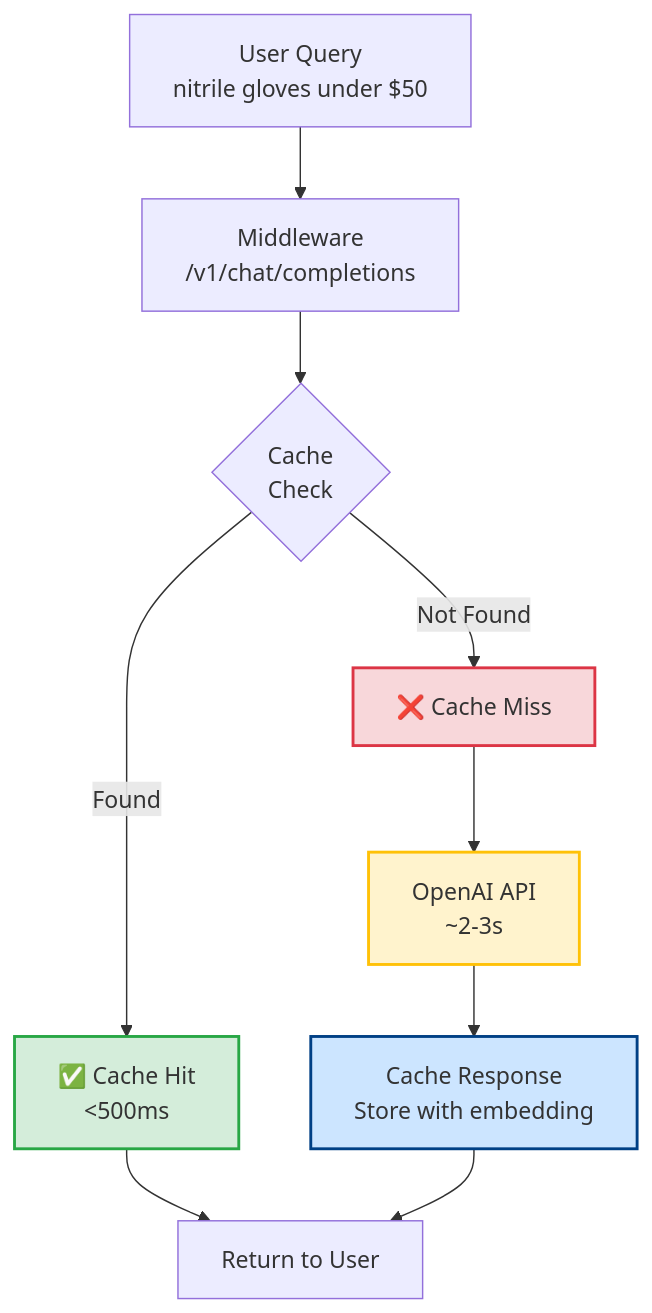
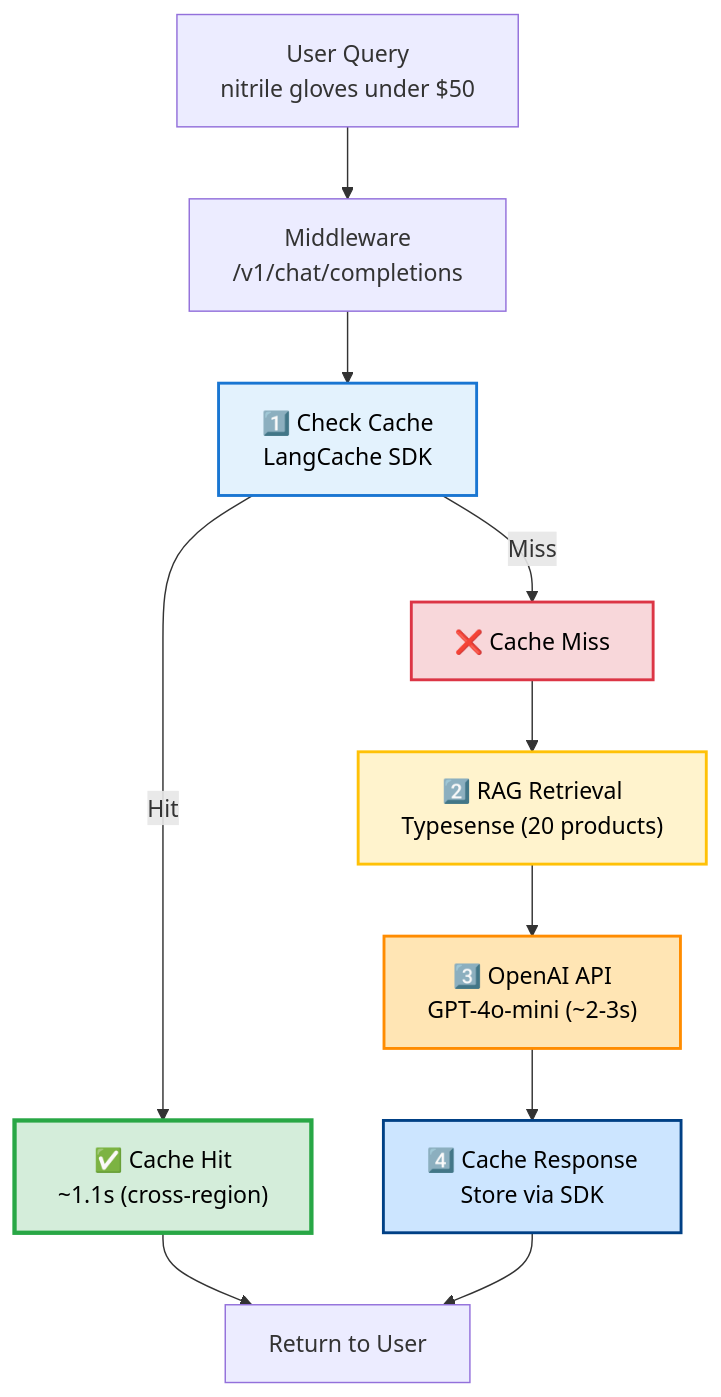
Before and after one commit to Bens-Organization/mercedes-nl-search: the first of 2 diagrams in docs/REDIS_CACHE_IMPLEMENTATION.md, drawn with Mermaid. The commit also changed other lines of this file and 2 other files, not shown here.

First line of the commit message:
docs: update all documentation for Redis LangCache SDK integration

````diff
--- a/docs/REDIS_CACHE_IMPLEMENTATION.md
+++ b/docs/REDIS_CACHE_IMPLEMENTATION.md
@@ -41,25 +49,29 @@
 ```mermaid
 flowchart TB
     A["User Query<br/>nitrile gloves under $50"]
     B["Middleware<br/>/v1/chat/completions"]
-    C{"Cache<br/>Check"}
-    D["✅ Cache Hit<br/><500ms"]
+    C["1️⃣ Check Cache<br/>LangCache SDK"]
+    D["✅ Cache Hit<br/>~1.1s (cross-region)"]
     E["❌ Cache Miss"]
-    F["OpenAI API<br/>~2-3s"]
-    G["Cache Response<br/>Store with embedding"]
-    H["Return to User"]
+    F["2️⃣ RAG Retrieval<br/>Typesense (20 products)"]
+    G["3️⃣ OpenAI API<br/>GPT-4o-mini (~2-3s)"]
+    H["4️⃣ Cache Response<br/>Store via SDK"]
+    I["Return to User"]
 
     A --> B
     B --> C
-    C -->|Found| D
-    C -->|Not Found| E
-    D --> H
+    C -->|Hit| D
+    C -->|Miss| E
+    D --> I
     E --> F
     F --> G
     G --> H
+    H --> I
 
-    style D fill:#d4edda,stroke:#28a745,stroke-width:2px
-    style E fill:#f8d7da,stroke:#dc3545,stroke-width:2px
-    style F fill:#fff3cd,stroke:#ffc107,stroke-width:2px
-    style G fill:#cce5ff,stroke:#004085,stroke-width:2px
+    style C fill:#e3f2fd,stroke:#1976d2,stroke-width:2px,color:#000
+    style D fill:#d4edda,stroke:#28a745,stroke-width:3px,color:#000
+    style E fill:#f8d7da,stroke:#dc3545,stroke-width:2px,color:#000
+    style F fill:#fff3cd,stroke:#ffc107,stroke-width:2px,color:#000
+    style G fill:#ffe5b4,stroke:#ff8c00,stroke-width:2px,color:#000
+    style H fill:#cce5ff,stroke:#004085,stroke-width:2px,color:#000
 ```
````
